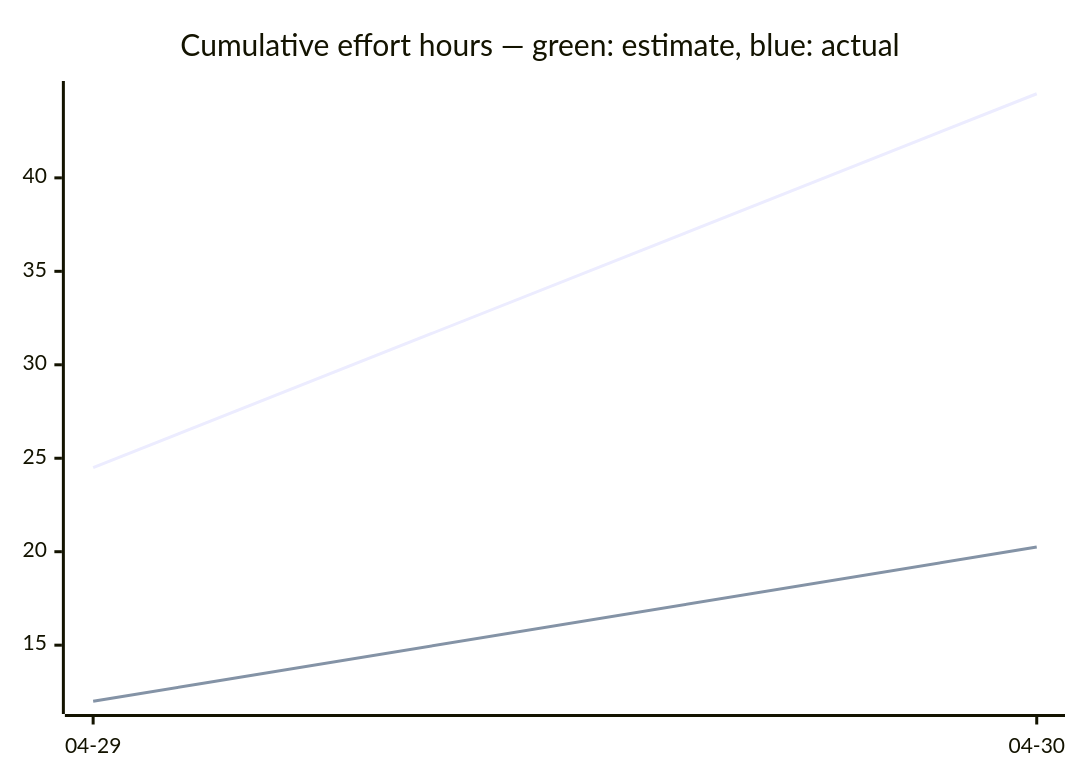
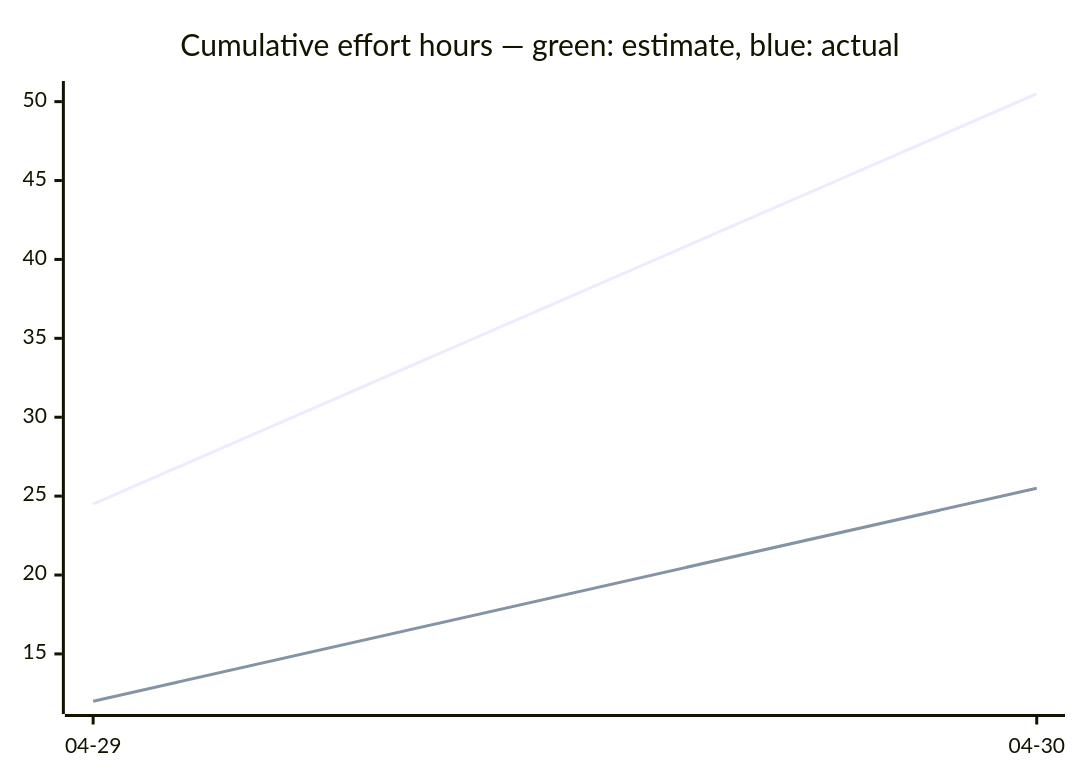
The third of 3 diagrams in docs/developers/tasks/OVERVIEW.md (tgd1975/AwesomeStudioPedal), drawn with Mermaid before and after one commit. The commit also changed other lines of this file and 4 other files, not shown here.

````diff
--- a/docs/developers/tasks/OVERVIEW.md
+++ b/docs/developers/tasks/OVERVIEW.md
@@ -38,7 +38,7 @@
 ```mermaid
 xychart-beta
     title "Cumulative effort hours — green: estimate, blue: actual"
     x-axis ["04-29", "04-30"]
-    line [24.5, 44.5]
-    line [12, 20.25]
+    line [24.5, 50.5]
+    line [12, 25.5]
 ```
````
